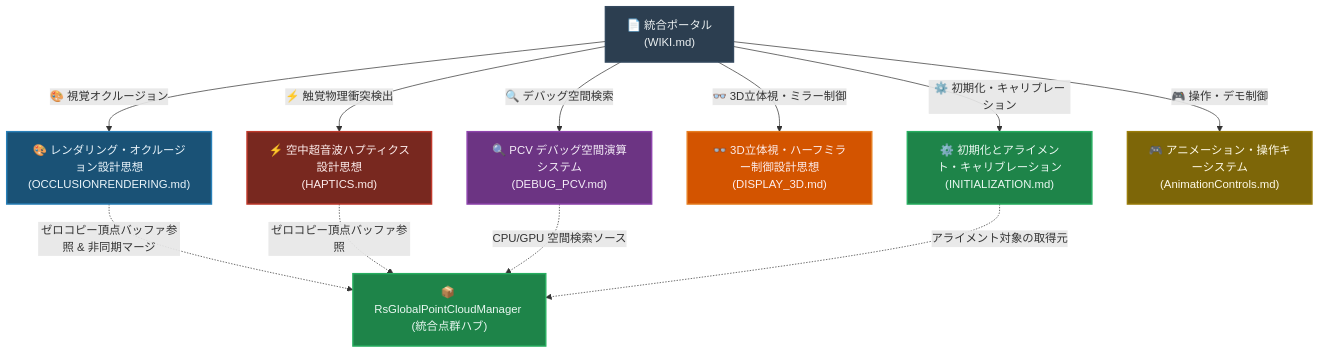
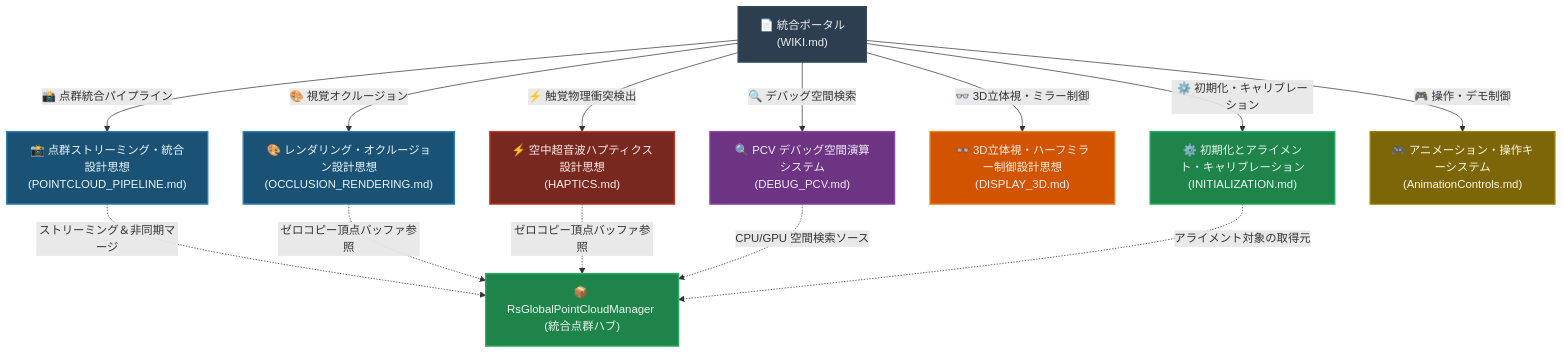
One commit to kotetsuOU/HandTrakingDemo changed the diagram in WIKI.md. Above: the diagram before and after it, drawn with Mermaid. The commit also changed other lines of this file and 3 other files, not shown here.

````diff
--- a/WIKI.md
+++ b/WIKI.md
@@ -13,29 +13,31 @@
 ```mermaid
 graph TD
     %% スタイル定義
     classDef main fill:#2C3E50,stroke:#34495E,stroke-width:2px,color:#ECF0F1;
     classDef render fill:#1A5276,stroke:#2980B9,stroke-width:2px,color:#EBF5FB;
     classDef haptic fill:#78281F,stroke:#C0392B,stroke-width:2px,color:#FDEDEC;
     classDef debug fill:#6C3483,stroke:#8E44AD,stroke-width:2px,color:#F5EEF8;
     classDef common fill:#1E8449,stroke:#27AE60,stroke-width:2px,color:#EAF8F2;
     classDef display fill:#D35400,stroke:#E67E22,stroke-width:2px,color:#FDEDEC;
     classDef control fill:#7D6608,stroke:#9A7D0A,stroke-width:2px,color:#FEF9E7;
 
     %% ノード定義
     WIKI["📄 統合ポータル<br/>(WIKI.md)"]:::main
     
     %% サブシステム分離
-    WIKI -->|"🎨 視覚オクルージョン"| RenderNode["🎨 レンダリング・オクルージョン設計思想<br/>(OCCLUSIONRENDERING.md)"]:::render
+    WIKI -->|"📸 点群統合パイプライン"| PointCloudNode["📸 点群ストリーミング・統合設計思想<br/>(POINTCLOUD_PIPELINE.md)"]:::render
+    WIKI -->|"🎨 視覚オクルージョン"| RenderNode["🎨 レンダリング・オクルージョン設計思想<br/>(OCCLUSION_RENDERING.md)"]:::render
     WIKI -->|"⚡ 触覚物理衝突検出"| HapticsNode["⚡ 空中超音波ハプティクス設計思想<br/>(HAPTICS.md)"]:::haptic
     WIKI -->|"🔍 デバッグ空間検索"| DebugNode["🔍 PCV デバッグ空間演算システム<br/>(DEBUG_PCV.md)"]:::debug
     WIKI -->|"👓 3D立体視・ミラー制御"| DisplayNode["👓 3D立体視・ハーフミラー制御設計思想<br/>(DISPLAY_3D.md)"]:::display
     WIKI -->|"⚙️ 初期化・キャリブレーション"| InitNode["⚙️ 初期化とアライメント・キャリブレーション<br/>(INITIALIZATION.md)"]:::common
     WIKI -->|"🎮 操作・デモ制御"| ControlNode["🎮 アニメーション・操作キーシステム<br/>(AnimationControls.md)"]:::control
 
     %% 共通データハブ
     GlobalManager["📦 RsGlobalPointCloudManager (統合点群ハブ)"]:::common
-    RenderNode -.->|ゼロコピー頂点バッファ参照 & 非同期マージ| GlobalManager
+    PointCloudNode -.->|ストリーミング＆非同期マージ| GlobalManager
+    RenderNode -.->|ゼロコピー頂点バッファ参照| GlobalManager
     HapticsNode -.->|ゼロコピー頂点バッファ参照| GlobalManager
     DebugNode -.->|CPU/GPU 空間検索ソース| GlobalManager
     InitNode -.->|アライメント対象の取得元| GlobalManager
 ```
````
